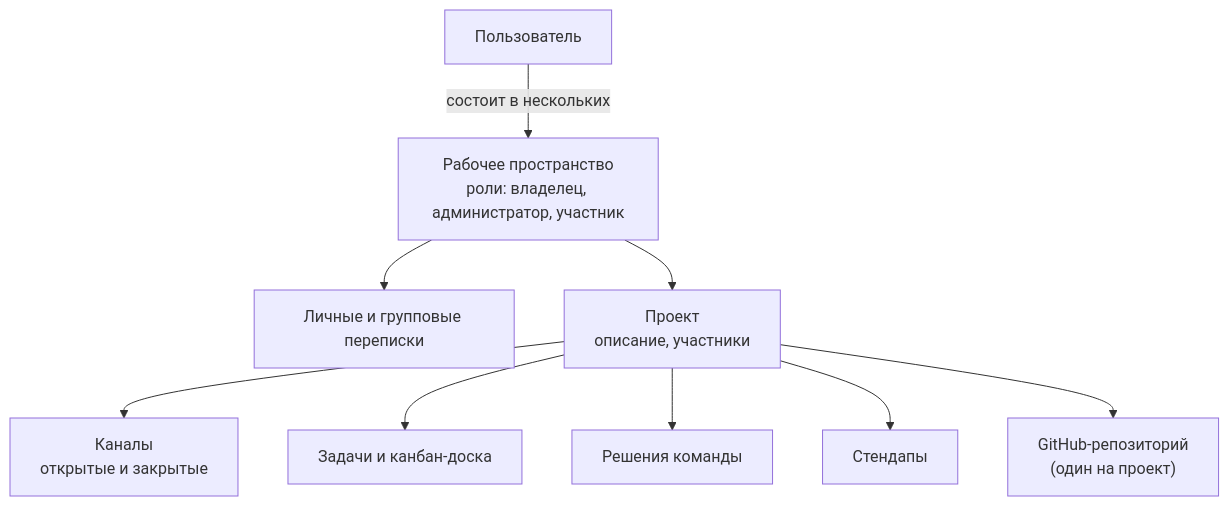
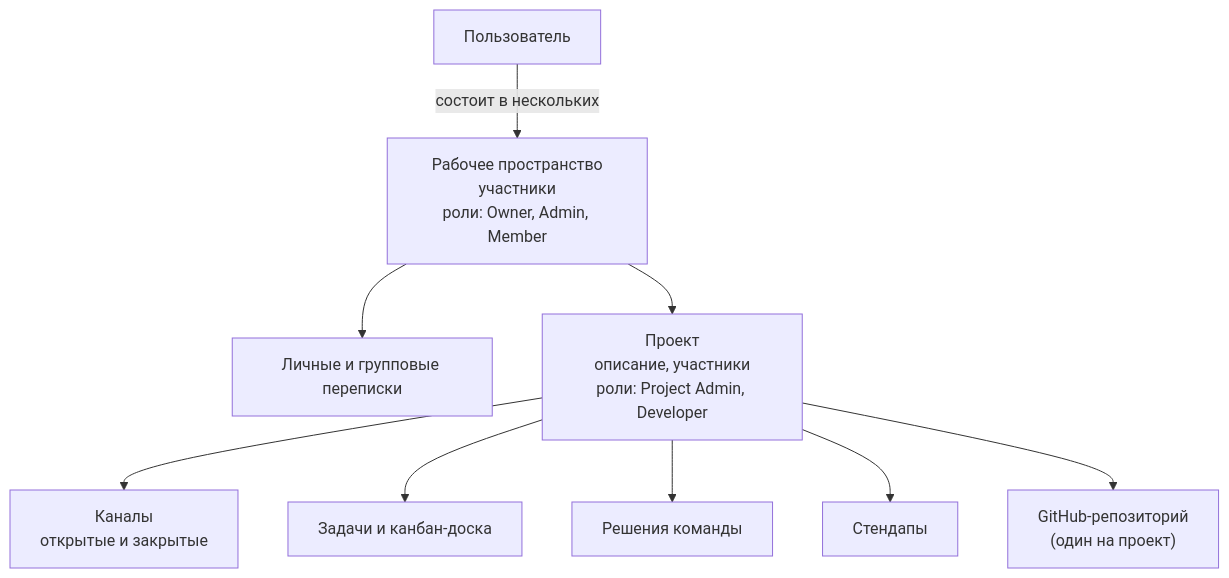
Before and after one commit to project-messenger/monorepo-app: the second of 3 diagrams in docs/product.md, drawn with Mermaid. The commit also changed other lines of this file and 4 other files, not shown here.

````diff
--- a/docs/product.md
+++ b/docs/product.md
@@ -37,11 +37,11 @@
 ```mermaid
 flowchart TD
-  U["Пользователь"] -->|"состоит в нескольких"| W["Рабочее пространство<br/>роли: владелец, администратор, участник"]
+  U["Пользователь"] -->|"состоит в нескольких"| W["Рабочее пространство<br/>участники<br/>роли: Owner, Admin, Member"]
   W --> DM["Личные и групповые переписки"]
-  W --> P["Проект<br/>описание, участники"]
+  W --> P["Проект<br/>описание, участники<br/>роли: Project Admin, Developer"]
   P --> CH["Каналы<br/>открытые и закрытые"]
   P --> T["Задачи и канбан-доска"]
   P --> DEC["Решения команды"]
   P --> SU["Стендапы"]
   P --> GH["GitHub-репозиторий<br/>(один на проект)"]
 ```
````
